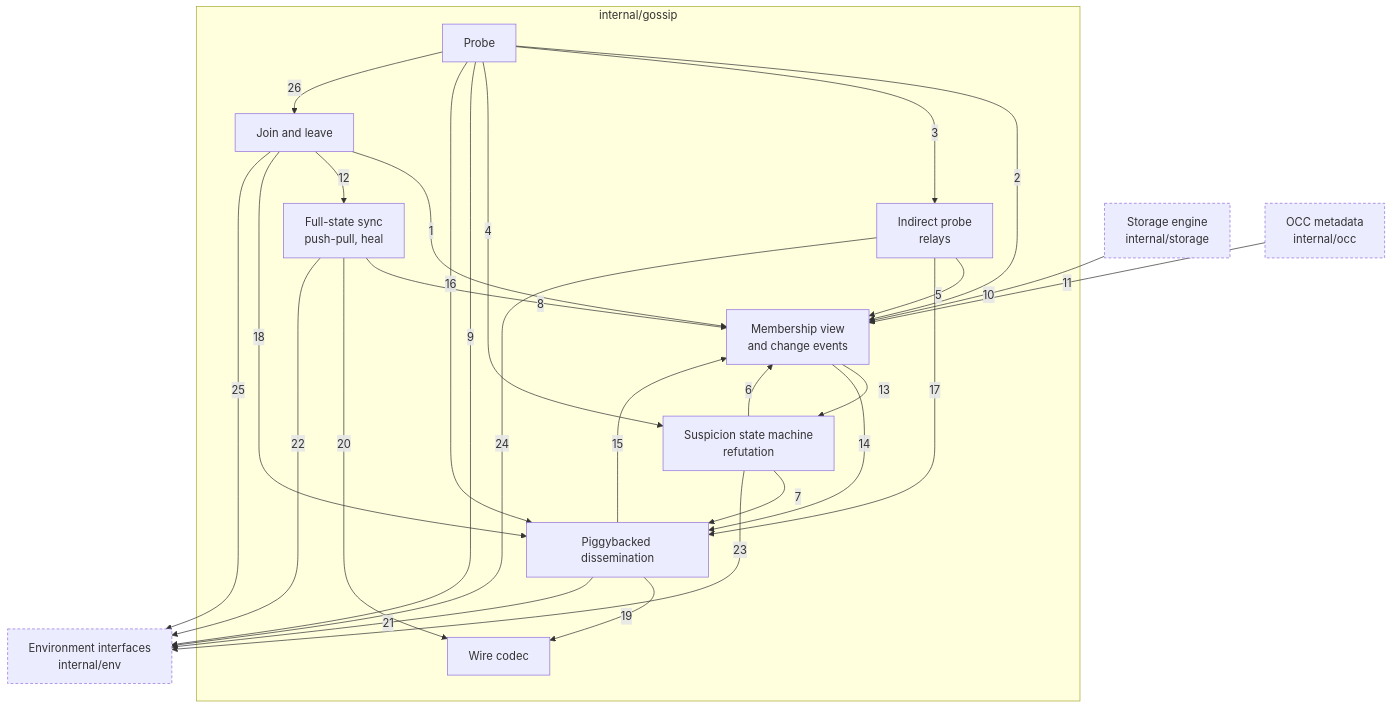
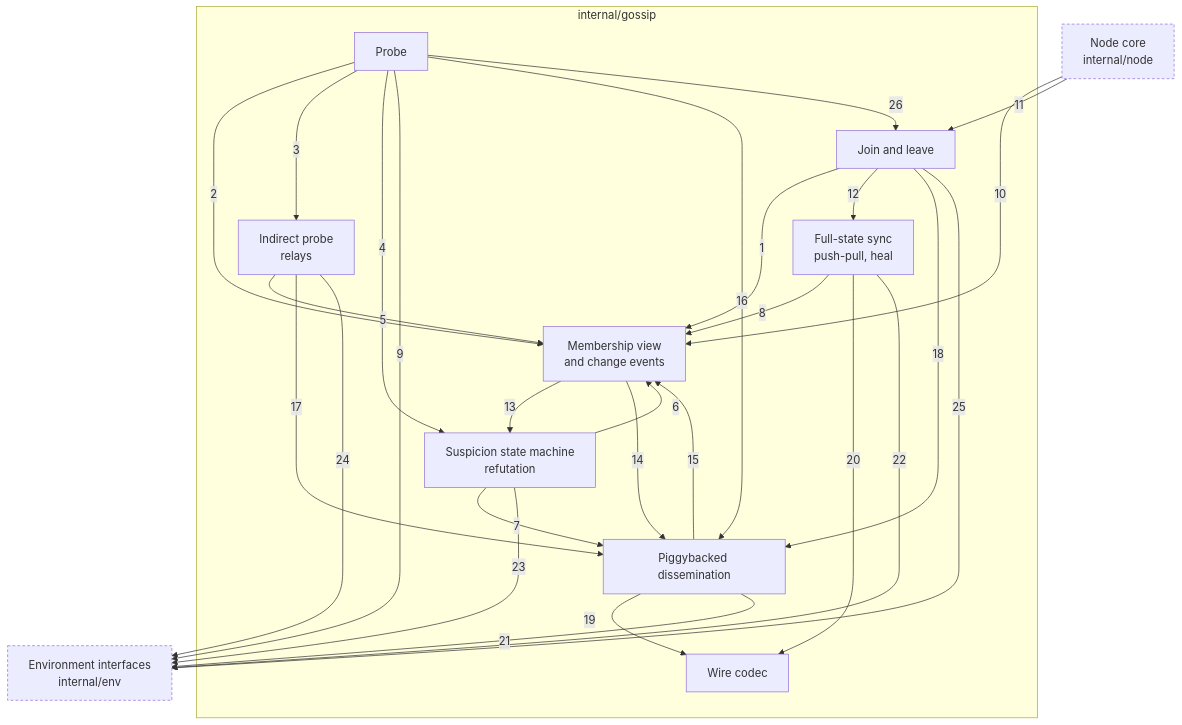
One commit to nickstrad/decentralized-object-store changed the diagram in docs/c4/04-component-gossip.md. Above: the diagram before and after it, drawn with Mermaid. The commit also changed other lines of this file and 28 other files, not shown here.

Commit message:
c4: redraw the diagrams as built: a node core that implements every package's interfaces, a node runtime, the object API over one service interface

````diff
--- a/docs/c4/04-component-gossip.md
+++ b/docs/c4/04-component-gossip.md
@@ -8,44 +8,43 @@
 ```mermaid
 flowchart TB
-  STORAGE["Storage engine<br/>internal/storage"]
-  OCC["OCC metadata<br/>internal/occ"]
+  NODE["Node core<br/>internal/node"]
   subgraph GOSSIP["internal/gossip"]
     JOIN["Join and leave"]
     PROBE["Probe"]
     INDIRECT["Indirect probe<br/>relays"]
     SUSP["Suspicion state machine<br/>refutation"]
     DISSEM["Piggybacked dissemination"]
     FSYNC["Full-state sync<br/>push-pull, heal"]
     VIEW["Membership view<br/>and change events"]
     WIRE["Wire codec"]
   end
   ENV["Environment interfaces<br/>internal/env"]
   JOIN -->|1| VIEW
   PROBE -->|2| VIEW
   PROBE -->|3| INDIRECT
   PROBE -->|4| SUSP
   INDIRECT -->|5| VIEW
   SUSP -->|6| VIEW
   SUSP -->|7| DISSEM
   FSYNC -->|8| VIEW
   PROBE -->|9| ENV
-  STORAGE -->|10| VIEW
-  OCC -->|11| VIEW
+  NODE -->|10| VIEW
+  NODE -->|11| JOIN
   JOIN -->|12| FSYNC
   VIEW -->|13| SUSP
   VIEW -->|14| DISSEM
   DISSEM -->|15| VIEW
   PROBE -->|16| DISSEM
   INDIRECT -->|17| DISSEM
   JOIN -->|18| DISSEM
   DISSEM -->|19| WIRE
   FSYNC -->|20| WIRE
   DISSEM -->|21| ENV
   FSYNC -->|22| ENV
   SUSP -->|23| ENV
   INDIRECT -->|24| ENV
   JOIN -->|25| ENV
   PROBE -->|26| JOIN
   classDef ext stroke-dasharray:4 3
-  class STORAGE,OCC,ENV ext
+  class NODE,ENV ext
 ```
````
